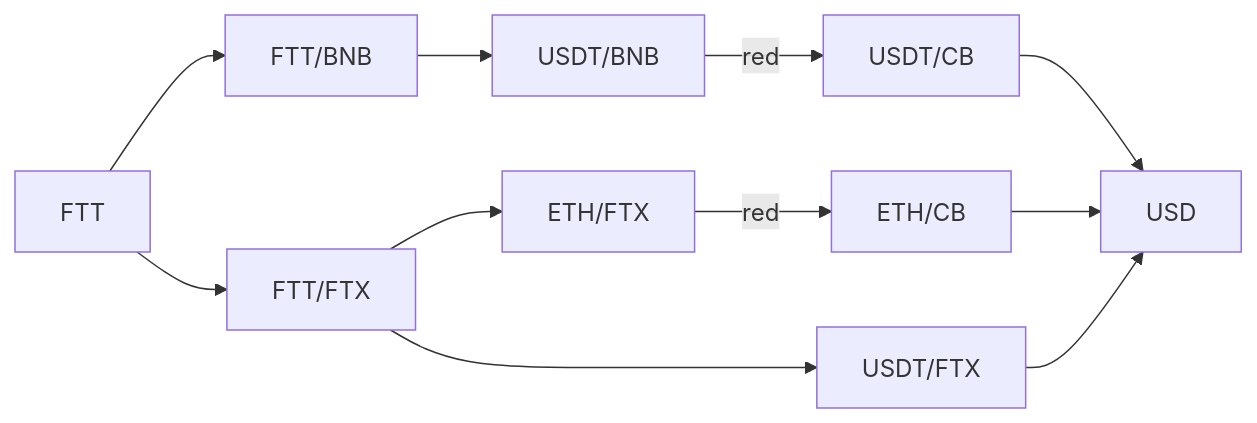
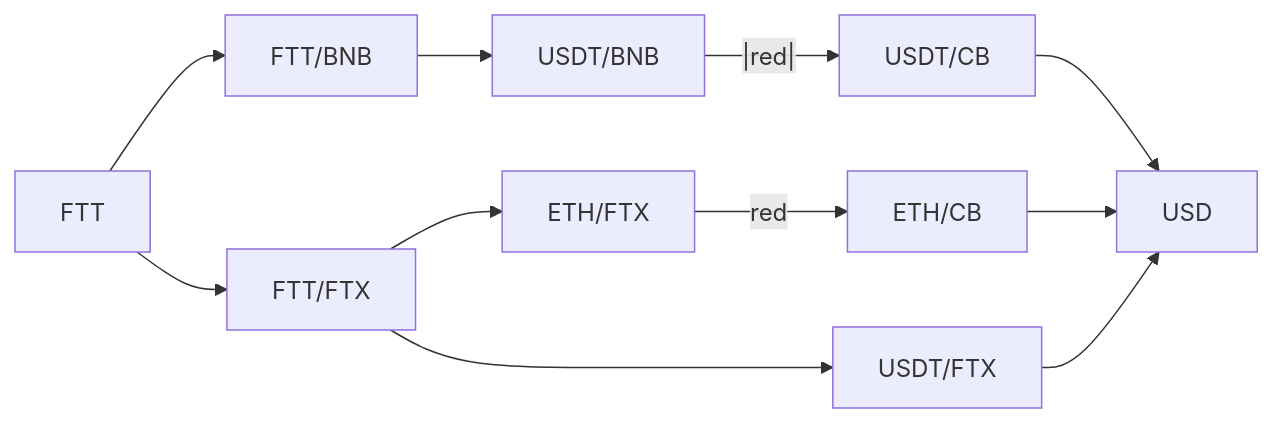
One commit to Ramzgate/node_setup changed the second of 2 diagrams in ubuntu_os.md. Above: the diagram before and after it, drawn with Mermaid.

Commit message:
ubuntu install instructions

````diff
--- a/ubuntu_os.md
+++ b/ubuntu_os.md
@@ -78,13 +78,13 @@
 ```mermaid
 graph LR
   A[FTT] --> B[FTT/BNB]
   B --> C[USDT/BNB]
-  C -->|red| D[USDT/CB]
+  C --|red|--> D[USDT/CB]
   D --> E[USD]
   A --> F[FTT/FTX]
   F --> G[ETH/FTX]
   G -->|red| H[ETH/CB]
   H --> E
   F --> I[USDT/FTX]
   I --> E
 ```
````
